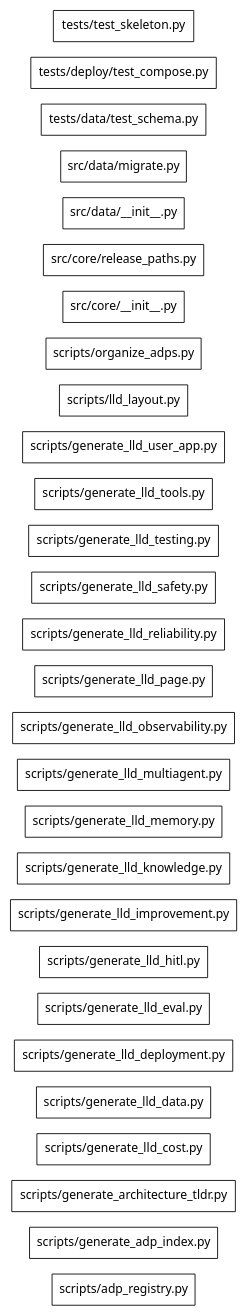
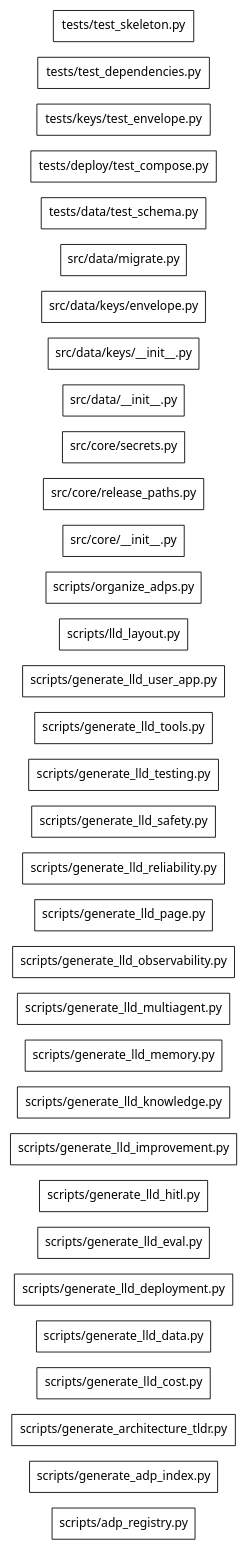
Before and after one commit to MilapV444/Enterprise-Support-Agent: the diagram in .genesis/index/graph.dot, drawn with Graphviz. The commit also changed 20 other files, not shown here.

First line of the commit message:
M0-03b dependencies and M0-04.2 envelope encryption

```diff
--- a/.genesis/index/graph.dot
+++ b/.genesis/index/graph.dot
@@ -1,33 +1,38 @@
 digraph genesis {
   rankdir=LR;
   node [shape=box,fontname="system-ui"];
   "file:scripts/adp_registry.py" [label="scripts/adp_registry.py",class="file"];
   "file:scripts/generate_adp_index.py" [label="scripts/generate_adp_index.py",class="file"];
   "file:scripts/generate_architecture_tldr.py" [label="scripts/generate_architecture_tldr.py",class="file"];
   "file:scripts/generate_lld_cost.py" [label="scripts/generate_lld_cost.py",class="file"];
   "file:scripts/generate_lld_data.py" [label="scripts/generate_lld_data.py",class="file"];
   "file:scripts/generate_lld_deployment.py" [label="scripts/generate_lld_deployment.py",class="file"];
   "file:scripts/generate_lld_eval.py" [label="scripts/generate_lld_eval.py",class="file"];
   "file:scripts/generate_lld_hitl.py" [label="scripts/generate_lld_hitl.py",class="file"];
   "file:scripts/generate_lld_improvement.py" [label="scripts/generate_lld_improvement.py",class="file"];
   "file:scripts/generate_lld_knowledge.py" [label="scripts/generate_lld_knowledge.py",class="file"];
   "file:scripts/generate_lld_memory.py" [label="scripts/generate_lld_memory.py",class="file"];
   "file:scripts/generate_lld_multiagent.py" [label="scripts/generate_lld_multiagent.py",class="file"];
   "file:scripts/generate_lld_observability.py" [label="scripts/generate_lld_observability.py",class="file"];
   "file:scripts/generate_lld_page.py" [label="scripts/generate_lld_page.py",class="file"];
   "file:scripts/generate_lld_reliability.py" [label="scripts/generate_lld_reliability.py",class="file"];
   "file:scripts/generate_lld_safety.py" [label="scripts/generate_lld_safety.py",class="file"];
   "file:scripts/generate_lld_testing.py" [label="scripts/generate_lld_testing.py",class="file"];
   "file:scripts/generate_lld_tools.py" [label="scripts/generate_lld_tools.py",class="file"];
   "file:scripts/generate_lld_user_app.py" [label="scripts/generate_lld_user_app.py",class="file"];
   "file:scripts/lld_layout.py" [label="scripts/lld_layout.py",class="file"];
   "file:scripts/organize_adps.py" [label="scripts/organize_adps.py",class="file"];
   "file:src/core/__init__.py" [label="src/core/__init__.py",class="file"];
   "file:src/core/release_paths.py" [label="src/core/release_paths.py",class="file"];
+  "file:src/core/secrets.py" [label="src/core/secrets.py",class="file"];
   "file:src/data/__init__.py" [label="src/data/__init__.py",class="file"];
+  "file:src/data/keys/__init__.py" [label="src/data/keys/__init__.py",class="file"];
+  "file:src/data/keys/envelope.py" [label="src/data/keys/envelope.py",class="file"];
   "file:src/data/migrate.py" [label="src/data/migrate.py",class="file"];
   "file:tests/data/test_schema.py" [label="tests/data/test_schema.py",class="file"];
   "file:tests/deploy/test_compose.py" [label="tests/deploy/test_compose.py",class="file"];
+  "file:tests/keys/test_envelope.py" [label="tests/keys/test_envelope.py",class="file"];
+  "file:tests/test_dependencies.py" [label="tests/test_dependencies.py",class="file"];
   "file:tests/test_skeleton.py" [label="tests/test_skeleton.py",class="file"];
 
 }
```
